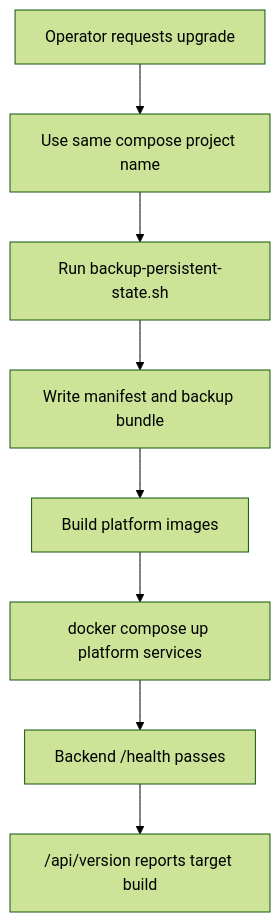
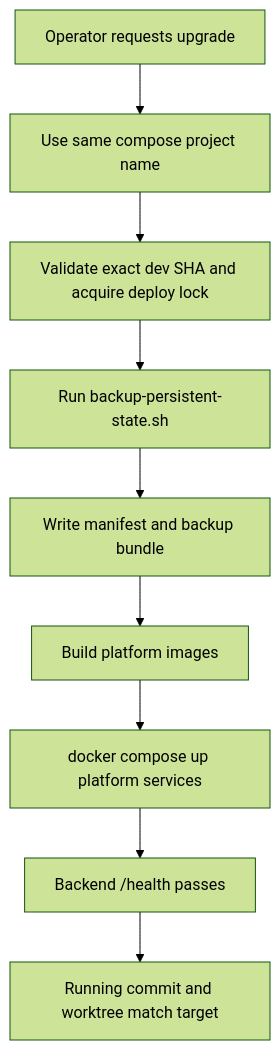
Before and after one commit to flashcrafter-ai-admin/trinity: the diagram in docs/memory/feature-flows/safe-upgrade-persistent-state.md, drawn with Mermaid (forest theme). The commit also changed other lines of this file and 4 other files, not shown here.

````diff
--- a/docs/memory/feature-flows/safe-upgrade-persistent-state.md
+++ b/docs/memory/feature-flows/safe-upgrade-persistent-state.md
@@ -21,10 +21,11 @@
 ```mermaid
 flowchart TD
   A["Operator requests upgrade"] --> B["Use same compose project name"]
-  B --> C["Run backup-persistent-state.sh"]
-  C --> D["Write manifest and backup bundle"]
-  D --> E["Build platform images"]
-  E --> F["docker compose up platform services"]
-  F --> G["Backend /health passes"]
-  G --> H["/api/version reports target build"]
+  B --> C["Validate exact dev SHA and acquire deploy lock"]
+  C --> D["Run backup-persistent-state.sh"]
+  D --> E["Write manifest and backup bundle"]
+  E --> F["Build platform images"]
+  F --> G["docker compose up platform services"]
+  G --> H["Backend /health passes"]
+  H --> I["Running commit and worktree match target"]
 ```
````
